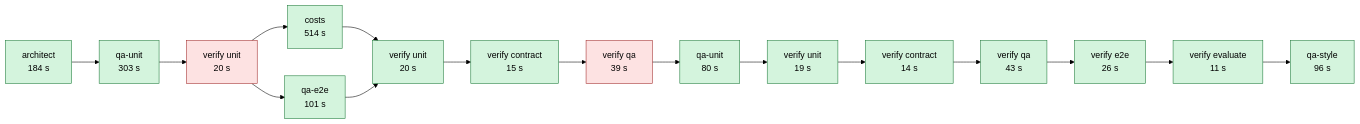
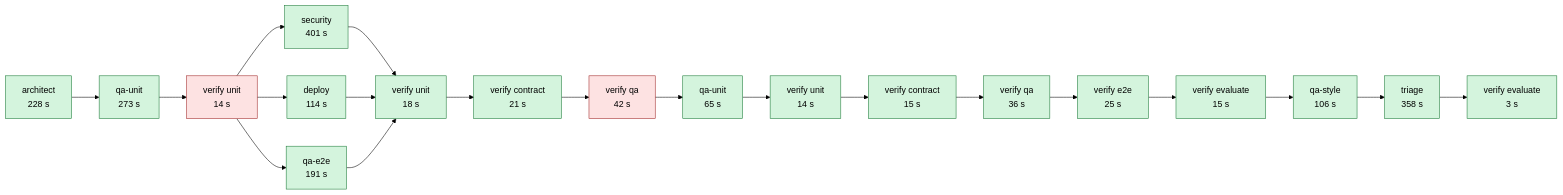
One commit to chavalalo/NextGenCode-M4 changed the diagram in output/pipeline.md. Above: the diagram before and after it, drawn with Mermaid (forest theme). The commit also changed other lines of this file and 3 other files, not shown here.

````diff
--- a/output/pipeline.md
+++ b/output/pipeline.md
@@ -3,35 +3,42 @@
 ```mermaid
 flowchart LR
-  s0["architect<br/>184 s"]:::ok
-  s1["qa-unit<br/>303 s"]:::ok
-  s2["verify unit<br/>20 s"]:::fail
-  s3["costs<br/>514 s"]:::ok
-  s4["qa-e2e<br/>101 s"]:::ok
-  s5["verify unit<br/>20 s"]:::ok
-  s6["verify contract<br/>15 s"]:::ok
-  s7["verify qa<br/>39 s"]:::fail
-  s8["qa-unit<br/>80 s"]:::ok
-  s9["verify unit<br/>19 s"]:::ok
-  s10["verify contract<br/>14 s"]:::ok
-  s11["verify qa<br/>43 s"]:::ok
-  s12["verify e2e<br/>26 s"]:::ok
-  s13["verify evaluate<br/>11 s"]:::ok
-  s14["qa-style<br/>96 s"]:::ok
+  s0["architect<br/>228 s"]:::ok
+  s1["qa-unit<br/>273 s"]:::ok
+  s2["verify unit<br/>14 s"]:::fail
+  s3["security<br/>401 s"]:::ok
+  s4["deploy<br/>114 s"]:::ok
+  s5["qa-e2e<br/>191 s"]:::ok
+  s6["verify unit<br/>18 s"]:::ok
+  s7["verify contract<br/>21 s"]:::ok
+  s8["verify qa<br/>42 s"]:::fail
+  s9["qa-unit<br/>65 s"]:::ok
+  s10["verify unit<br/>14 s"]:::ok
+  s11["verify contract<br/>15 s"]:::ok
+  s12["verify qa<br/>36 s"]:::ok
+  s13["verify e2e<br/>25 s"]:::ok
+  s14["verify evaluate<br/>15 s"]:::ok
+  s15["qa-style<br/>106 s"]:::ok
+  s16["triage<br/>358 s"]:::ok
+  s17["verify evaluate<br/>3 s"]:::ok
   s0 --> s1
   s1 --> s2
   s2 --> s3
   s2 --> s4
-  s3 --> s5
-  s4 --> s5
+  s2 --> s5
+  s3 --> s6
+  s4 --> s6
   s5 --> s6
   s6 --> s7
   s7 --> s8
   s8 --> s9
   s9 --> s10
   s10 --> s11
   s11 --> s12
   s12 --> s13
   s13 --> s14
+  s14 --> s15
+  s15 --> s16
+  s16 --> s17
   classDef ok fill:#d4f4dd,stroke:#1e7b3a
   classDef fail fill:#fde2e2,stroke:#a12a2a
 ```
````
